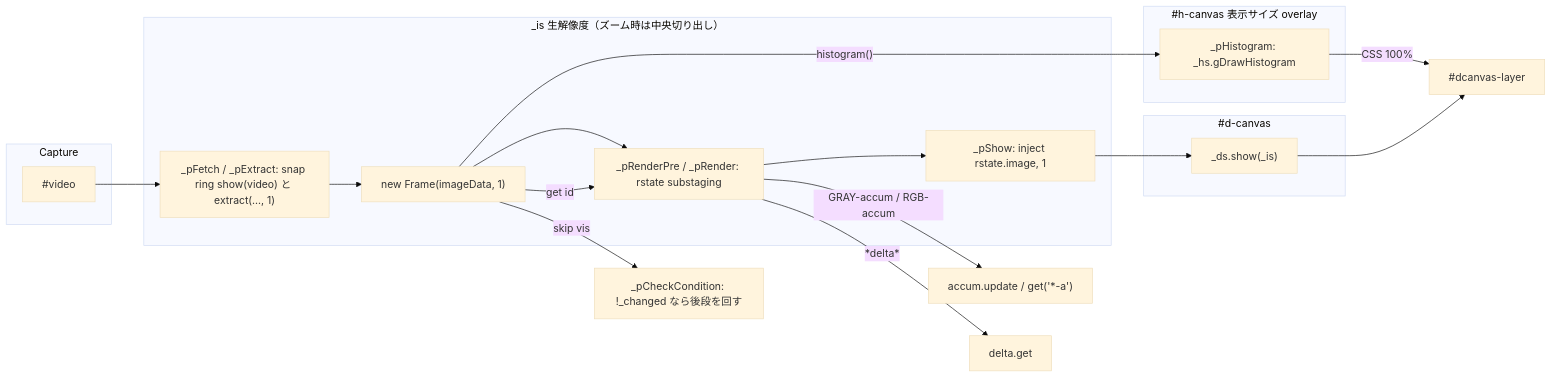
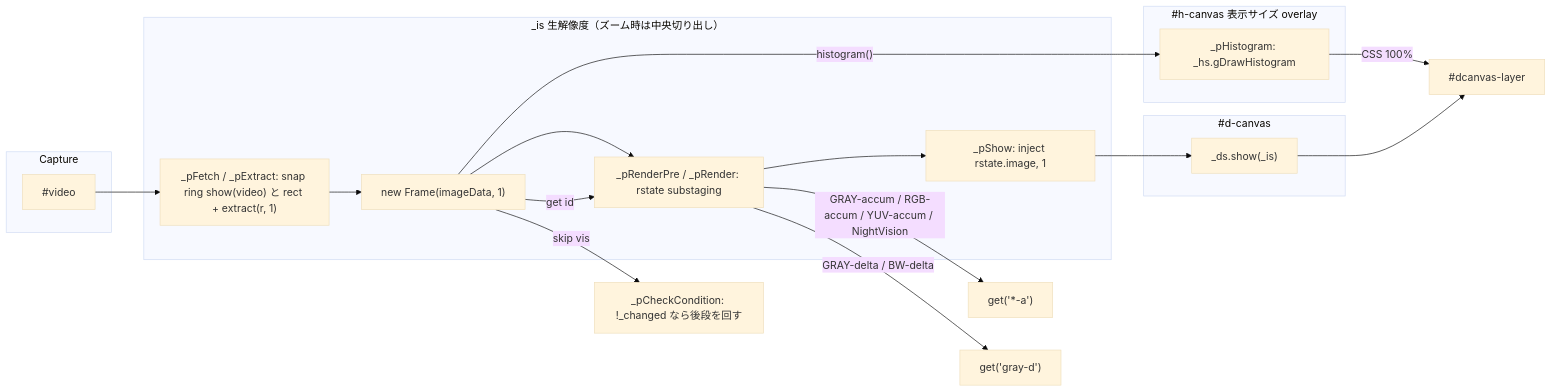
Before and after one commit to mfujimoto-code/JSCam: the second of 4 diagrams in jscam/cam2-design.md, drawn with Mermaid (base theme). The commit also changed other lines of this file and 8 other files, not shown here.

````diff
--- a/jscam/cam2-design.md
+++ b/jscam/cam2-design.md
@@ -262,32 +253,32 @@
 ```mermaid
 flowchart LR
   subgraph Capture
     V["#video"]
   end
 
   subgraph Internal["_is 生解像度（ズーム時は中央切り出し）"]
-    GI["_pFetch / _pExtract: snap ring show(video) と extract(..., 1)"]
+    GI["_pFetch / _pExtract: snap ring show(video) と rect + extract(r, 1)"]
     FR["new Frame(imageData, 1)"]
     BI["_pRenderPre / _pRender: rstate substaging"]
     PI["_pShow: inject rstate.image, 1"]
   end
 
   subgraph Overlay["#h-canvas 表示サイズ overlay"]
     HG["_pHistogram: _hs.gDrawHistogram"]
   end
 
   subgraph Display["#d-canvas"]
     SH["_ds.show(_is)"]
   end
 
   V --> GI --> FR
   FR --> BI
   BI --> PI --> SH
   FR -->|get id| BI
   FR -->|"histogram()"| HG
-  BI -->|GRAY-accum / RGB-accum| AccumObj["accum.update / get('*-a')"]
-  BI -->|*delta*| DeltaObj["delta.get"]
+  BI -->|GRAY-accum / RGB-accum / YUV-accum / NightVision| AccumObj["get('*-a')"]
+  BI -->|GRAY-delta / BW-delta| DeltaObj["get('gray-d')"]
   FR -->|skip vis| Skip["_pCheckCondition: !_changed なら後段を回す"]
   HG -->|CSS 100%| Layer["#dcanvas-layer"]
   SH --> Layer
 ```
````
